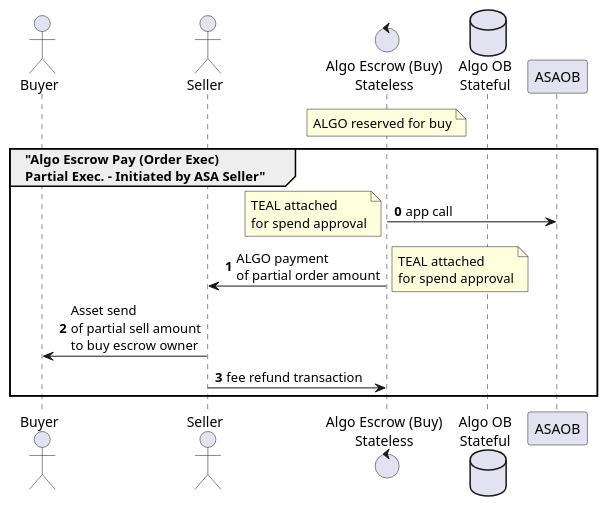
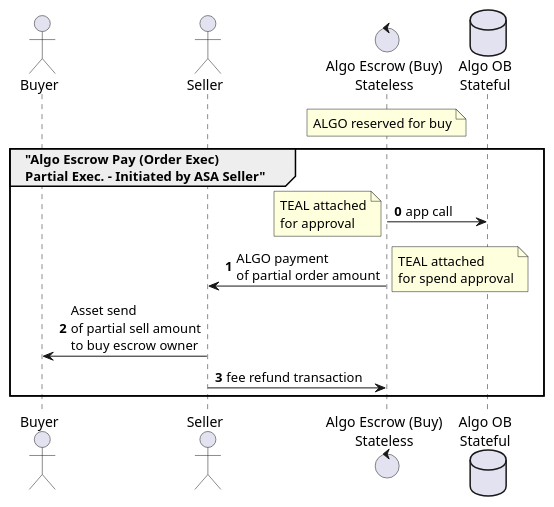
Before and after one commit to algodex/algodex-architecture: the diagram in diagrams/algo_escrow_execute_partial.puml, drawn with PlantUML. The commit also changed 16 other files, not shown here.

Commit message:
Update architecture notes and diagrams

```diff
--- a/diagrams/algo_escrow_execute_partial.puml
+++ b/diagrams/algo_escrow_execute_partial.puml
@@ -1,18 +1,18 @@
 @startuml
 actor Buyer
 actor Seller
 control "Algo Escrow (Buy)\nStateless" as AlgoEscrow
 database "Algo OB\nStateful" as AlgoOB
 note over AlgoEscrow: ALGO reserved for buy
 
 group "Algo Escrow Pay (Order Exec)\nPartial Exec. - Initiated by ASA Seller"
 autonumber 0
-AlgoEscrow -> ASAOB: app call
-note left: TEAL attached\nfor spend approval
+AlgoEscrow -> AlgoOB: app call
+note left: TEAL attached\nfor approval
 AlgoEscrow -> Seller: ALGO payment\nof partial order amount
 note right: TEAL attached\nfor spend approval
 Seller -> Buyer: Asset send\nof partial sell amount\nto buy escrow owner
 Seller -> AlgoEscrow: fee refund transaction
 end
 
 @enduml
```
